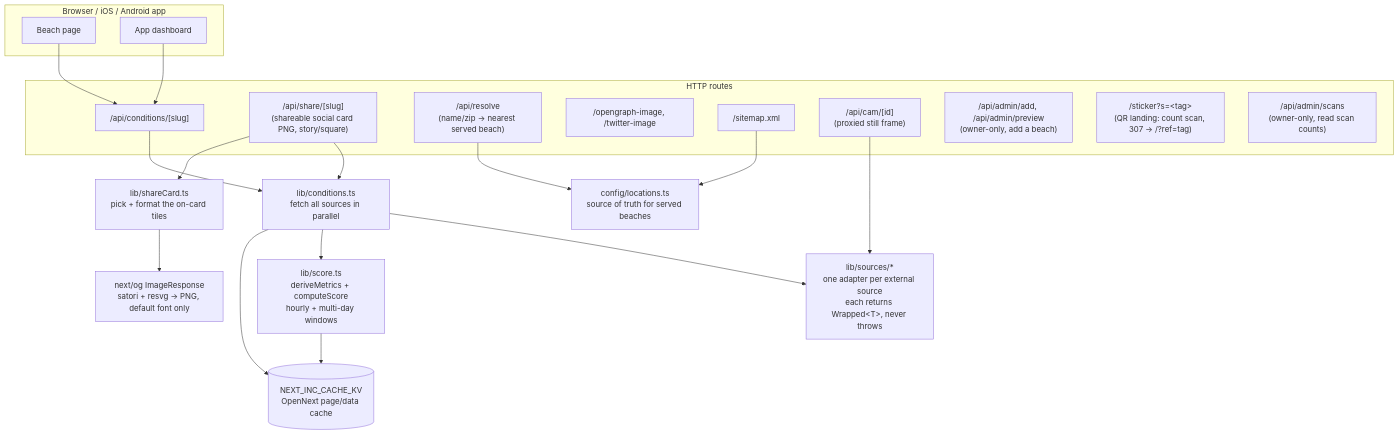
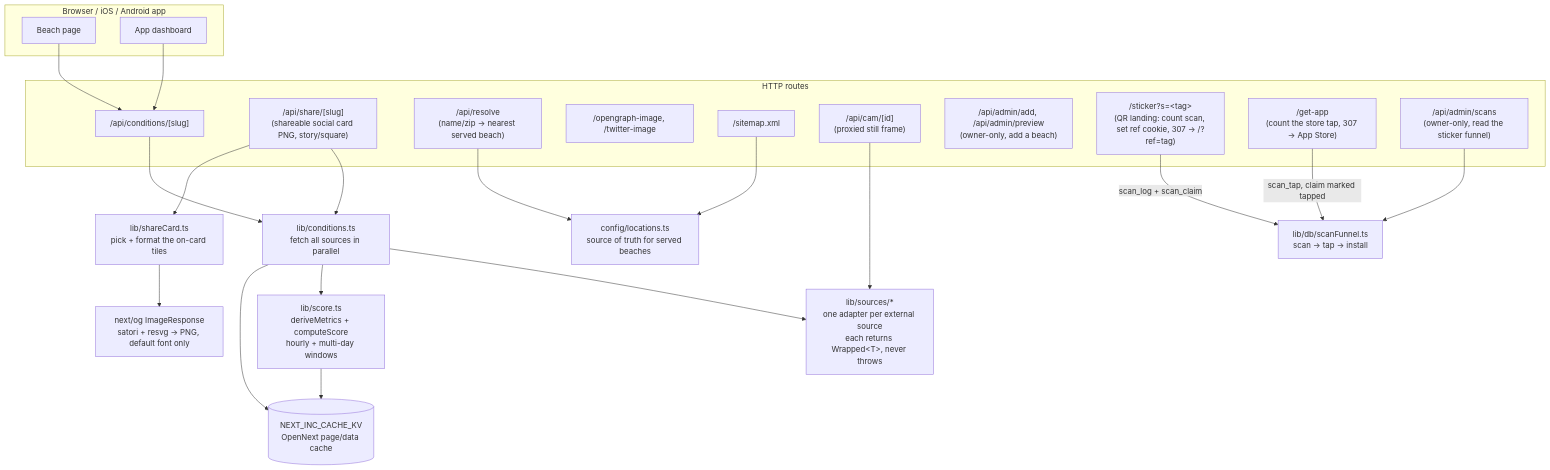
The first of 3 diagrams in docs/architecture.md (jayfrid-bot/bocabeach), drawn with Mermaid before and after one commit. The commit also changed other lines of this file and 18 other files, not shown here.

First line of the commit message:
Sticker funnel: count scans → store taps → probable installs

````diff
--- a/docs/architecture.md
+++ b/docs/architecture.md
@@ -18,35 +18,40 @@
 ```mermaid
 flowchart TD
   subgraph client [Browser / iOS / Android app]
     PAGE[Beach page] 
     APPUI[App dashboard]
   end
 
   PAGE --> COND
   APPUI --> COND
 
   subgraph routes [HTTP routes]
     COND["/api/conditions/[slug]"]
     SHARE["/api/share/[slug]<br/>(shareable social card PNG, story/square)"]
     RESOLVE["/api/resolve<br/>(name/zip → nearest served beach)"]
     OG["/opengraph-image, /twitter-image"]
     SITEMAP["/sitemap.xml"]
     CAM["/api/cam/[id]<br/>(proxied still frame)"]
     ADMIN["/api/admin/add, /api/admin/preview<br/>(owner-only, add a beach)"]
-    STICKER["/sticker?s=&lt;tag&gt;<br/>(QR landing: count scan, 307 → /?ref=tag)"]
-    ADMINSCANS["/api/admin/scans<br/>(owner-only, read scan counts)"]
+    STICKER["/sticker?s=&lt;tag&gt;<br/>(QR landing: count scan, set ref cookie, 307 → /?ref=tag)"]
+    GETAPP["/get-app<br/>(count the store tap, 307 → App Store)"]
+    ADMINSCANS["/api/admin/scans<br/>(owner-only, read the sticker funnel)"]
   end
+
+  STICKER -->|"scan_log + scan_claim"| FUNNEL[lib/db/scanFunnel.ts<br/>scan → tap → install]
+  GETAPP -->|"scan_tap, claim marked tapped"| FUNNEL
+  ADMINSCANS --> FUNNEL
 
   COND --> PIPE[lib/conditions.ts<br/>fetch all sources in parallel]
   SHARE --> PIPE
   PIPE --> SOURCES[lib/sources/*<br/>one adapter per external source<br/>each returns Wrapped&lt;T&gt;, never throws]
   PIPE --> SCORE[lib/score.ts<br/>deriveMetrics + computeScore<br/>hourly + multi-day windows]
   SCORE --> CACHE[(NEXT_INC_CACHE_KV<br/>OpenNext page/data cache)]
   PIPE --> CACHE
   CAM --> SOURCES
   SHARE --> CARDMODEL[lib/shareCard.ts<br/>pick + format the on-card tiles]
   CARDMODEL --> IMG[next/og ImageResponse<br/>satori + resvg → PNG, default font only]
 
   RESOLVE --> LOC[config/locations.ts<br/>source of truth for served beaches]
   SITEMAP --> LOC
 ```
````
